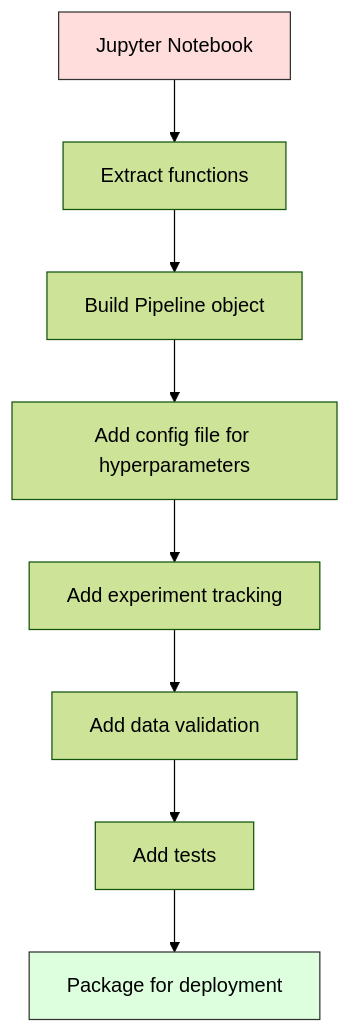
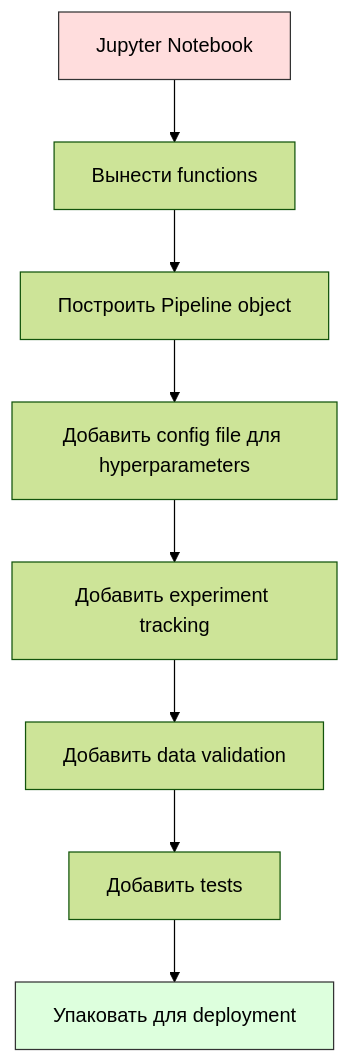
One commit to stabuev/ai-engineering-from-scratch changed the second of 2 diagrams in phases/02-ml-fundamentals/13-ml-pipelines/docs/ru.md. Above: the diagram before and after it, drawn with Mermaid (forest theme). The commit also changed other lines of this file and 22 other files, not shown here.

````diff
--- a/phases/02-ml-fundamentals/13-ml-pipelines/docs/ru.md
+++ b/phases/02-ml-fundamentals/13-ml-pipelines/docs/ru.md
@@ -225,13 +225,13 @@
 ```mermaid
 flowchart TD
-    A[Jupyter Notebook] --> B[Extract functions]
-    B --> C[Build Pipeline object]
-    C --> D[Add config file for hyperparameters]
-    D --> E[Add experiment tracking]
-    E --> F[Add data validation]
-    F --> G[Add tests]
-    G --> H[Package for deployment]
+    A[Jupyter Notebook] --> B[Вынести functions]
+    B --> C[Построить Pipeline object]
+    C --> D[Добавить config file для hyperparameters]
+    D --> E[Добавить experiment tracking]
+    E --> F[Добавить data validation]
+    F --> G[Добавить tests]
+    G --> H[Упаковать для deployment]
 
     style A fill:#fdd,stroke:#333
     style H fill:#dfd,stroke:#333
 ```
````
